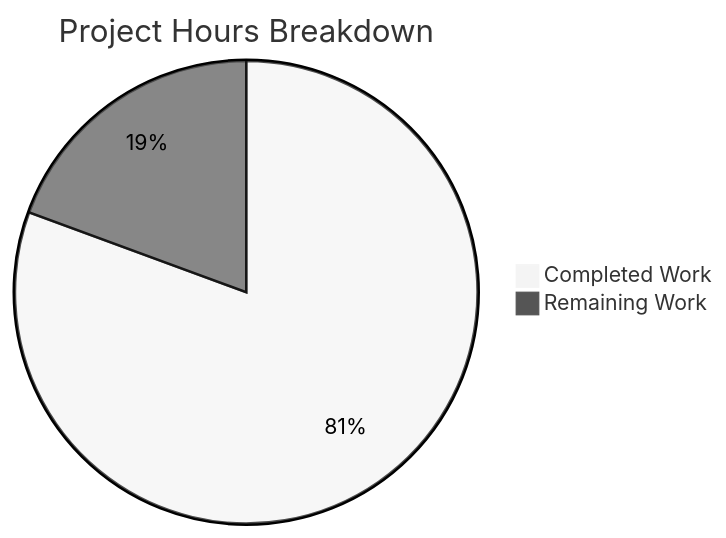
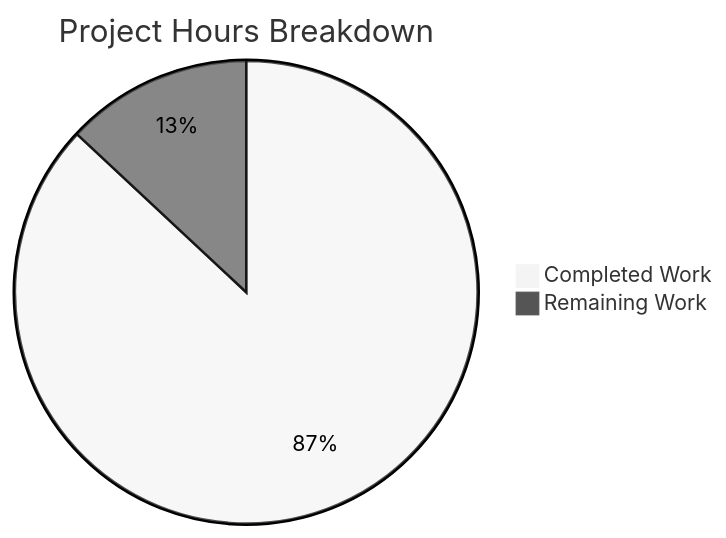
Before and after one commit to Blitzy-Sandbox/blitzy-formbricks: the second of 2 diagrams in blitzy/documentation/Project Guide.md, drawn with Mermaid (neutral theme). The commit also changed other lines of this file, not shown here.

Commit message:
Adding Blitzy Project Guide: Project Status and Human Tasks Remaining

````diff
--- a/blitzy/documentation/Project Guide.md
+++ b/blitzy/documentation/Project Guide.md
@@ -268,5 +240,5 @@
 ```mermaid
 pie title Project Hours Breakdown
-    "Completed Work" : 158
-    "Remaining Work" : 38
+    "Completed Work" : 120
+    "Remaining Work" : 18
 ```
````
